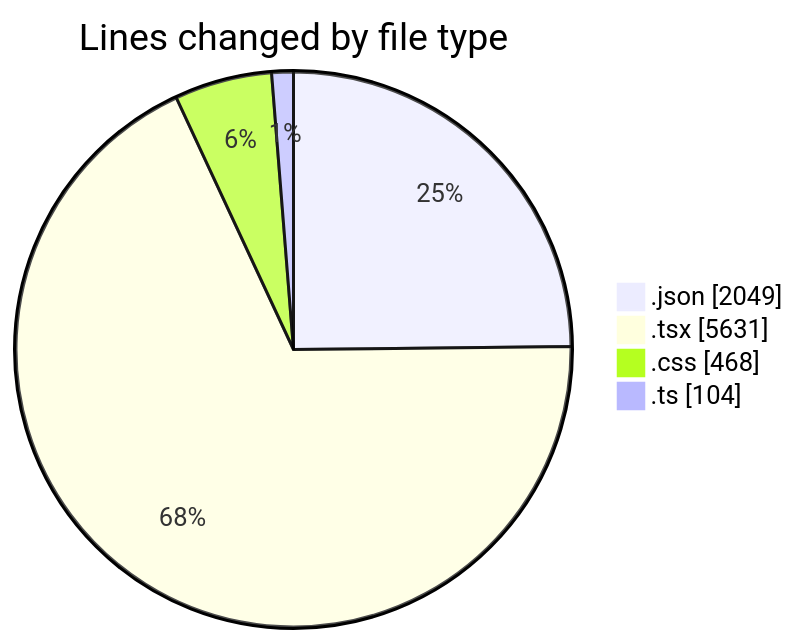
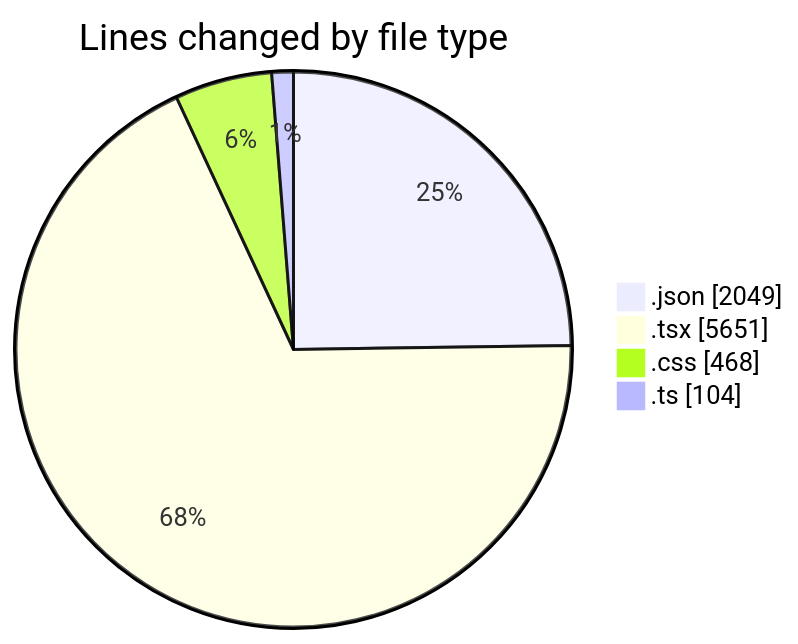
One commit to EIIisD/code-tracking changed the first of 2 diagrams in 2025-08-14/ribbon/README.md. Above: the diagram before and after it, drawn with Mermaid. The commit also changed other lines of this file and 1 other file, not shown here.

````diff
--- a/2025-08-14/ribbon/README.md
+++ b/2025-08-14/ribbon/README.md
@@ -29,8 +29,8 @@
 ```mermaid
 pie showData
 title Lines changed by file type
 ".json" : 2049
-".tsx" : 5631
+".tsx" : 5651
 ".css" : 468
 ".ts" : 104
 ```
````
